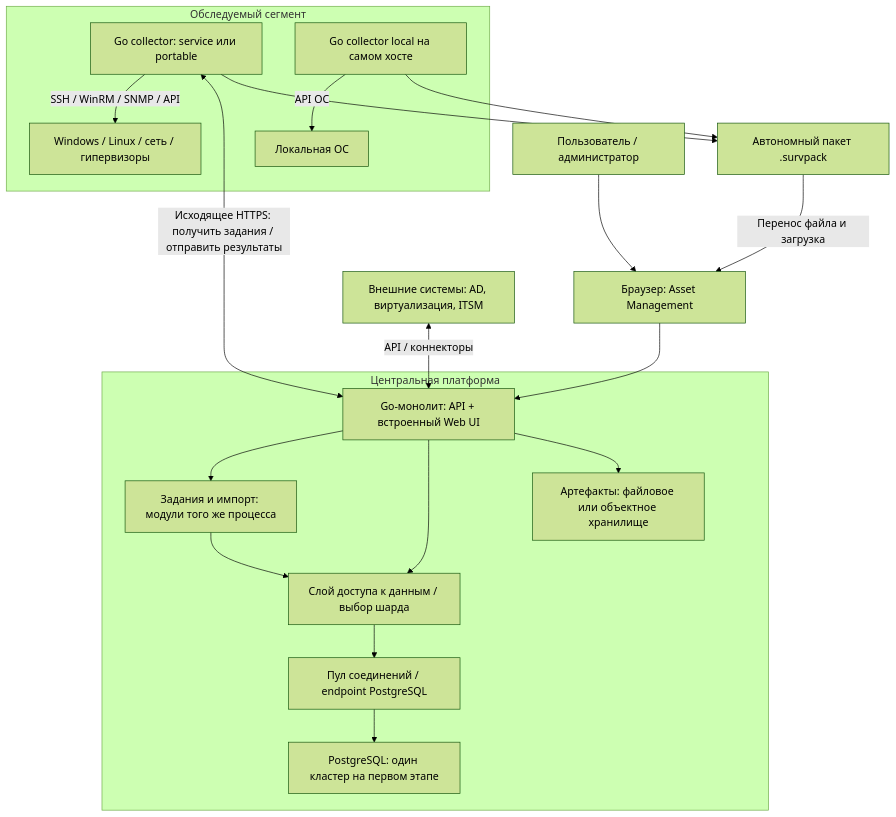
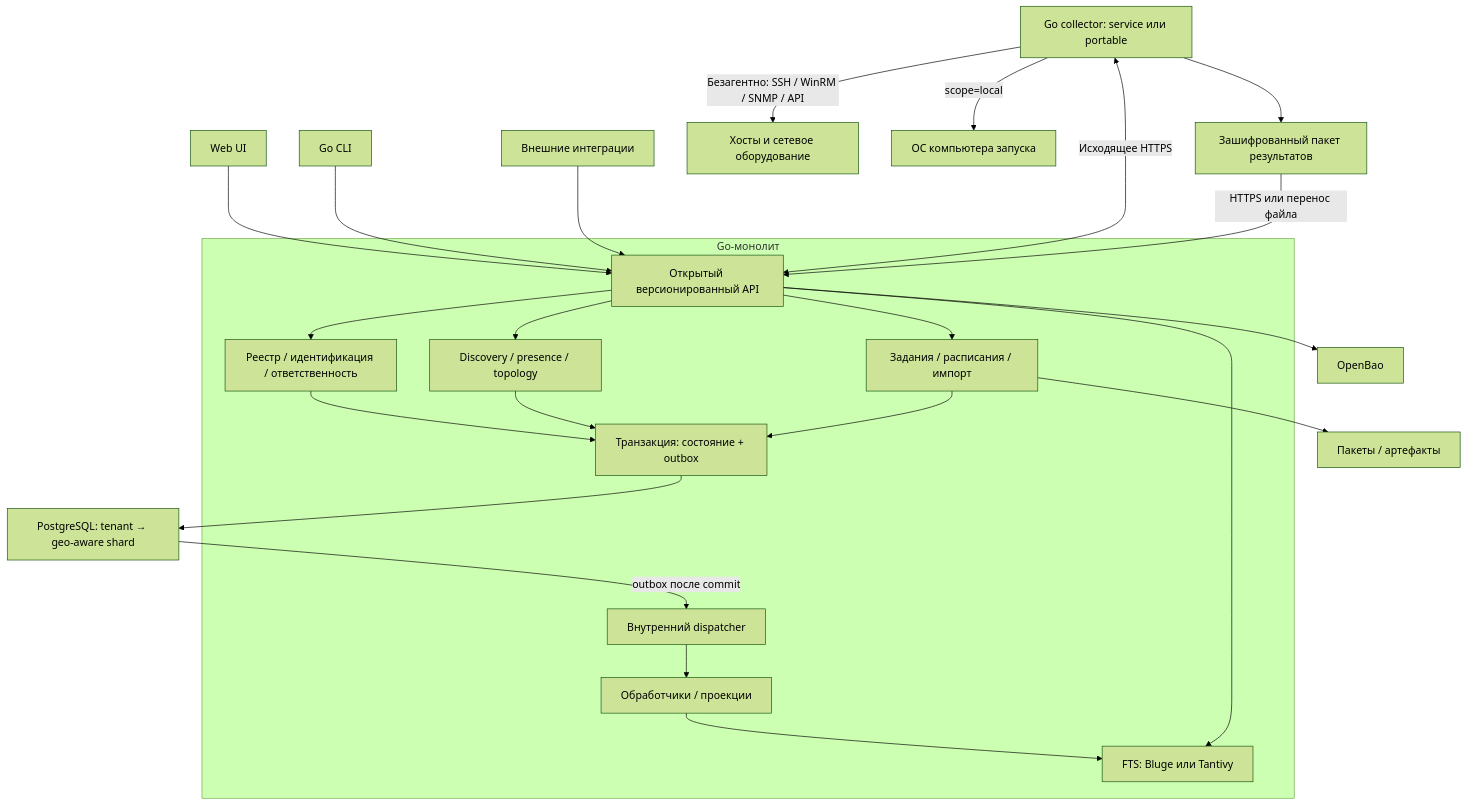
Before and after one commit to QgMixtate/surveyscan: the first of 5 diagrams in docs/architecture/go-target-architecture.md, drawn with Mermaid (forest theme). The commit also changed other lines of this file, not shown here.

Commit message:
docs: R-008 OpenBao, discovery, события, поиск и георезерв; спецификация 0.2

````diff
--- a/docs/architecture/go-target-architecture.md
+++ b/docs/architecture/go-target-architecture.md
@@ -9,27 +11,26 @@
 ```mermaid
 flowchart TB
-    User["Пользователь / администратор"] --> Browser["Браузер: Asset Management"]
-    Browser --> Server
-    External["Внешние системы: AD, виртуализация, ITSM"] <-->|"API / коннекторы"| Server
-
-    subgraph Platform["Центральная платформа"]
-        Server["Go-монолит: API + встроенный Web UI"]
-        Server --> Jobs["Задания и импорт: модули того же процесса"]
-        Server --> Router["Слой доступа к данным / выбор шарда"]
-        Jobs --> Router
-        Server --> Files["Артефакты: файловое или объектное хранилище"]
-        Router --> Pool["Пул соединений / endpoint PostgreSQL"]
-        Pool --> PG["PostgreSQL: один кластер на первом этапе"]
+    UI["Web UI"] --> API["Открытый версионированный API"]
+    CLI["Go CLI"] --> API
+    Ext["Внешние интеграции"] --> API
+    subgraph Center["Go-монолит"]
+        API --> Domain["Реестр / идентификация / ответственность"]
+        API --> Discovery["Discovery / presence / topology"]
+        API --> Jobs["Задания / расписания / импорт"]
+        Domain --> Tx["Транзакция: состояние + outbox"]
+        Discovery --> Tx
+        Jobs --> Tx
+        Dispatch["Внутренний dispatcher"] --> Proj["Обработчики / проекции"]
+        Proj --> Search["FTS: Bluge или Tantivy"]
     end
-
-    subgraph Site["Обследуемый сегмент"]
-        Collector["Go collector: service или portable"]
-        Collector -->|"SSH / WinRM / SNMP / API"| Targets["Windows / Linux / сеть / гипервизоры"]
-        Local["Go collector local на самом хосте"] -->|"API ОС"| Host["Локальная ОС"]
-    end
-
-    Collector <-->|"Исходящее HTTPS: получить задания / отправить результаты"| Server
-    Local --> Pack["Автономный пакет .survpack"]
-    Collector --> Pack
-    Pack -->|"Перенос файла и загрузка"| Browser
+    Tx --> PG["PostgreSQL: tenant → geo-aware shard"]
+    PG -->|"outbox после commit"| Dispatch
+    API --> Search
+    API --> Bao["OpenBao"]
+    Jobs --> Store["Пакеты / артефакты"]
+    Collector["Go collector: service или portable"] <-->|"Исходящее HTTPS"| API
+    Collector -->|"Безагентно: SSH / WinRM / SNMP / API"| Targets["Хосты и сетевое оборудование"]
+    Collector -->|"scope=local"| OS["ОС компьютера запуска"]
+    Collector --> Pack["Зашифрованный пакет результатов"]
+    Pack -->|"HTTPS или перенос файла"| API
 ```
````
